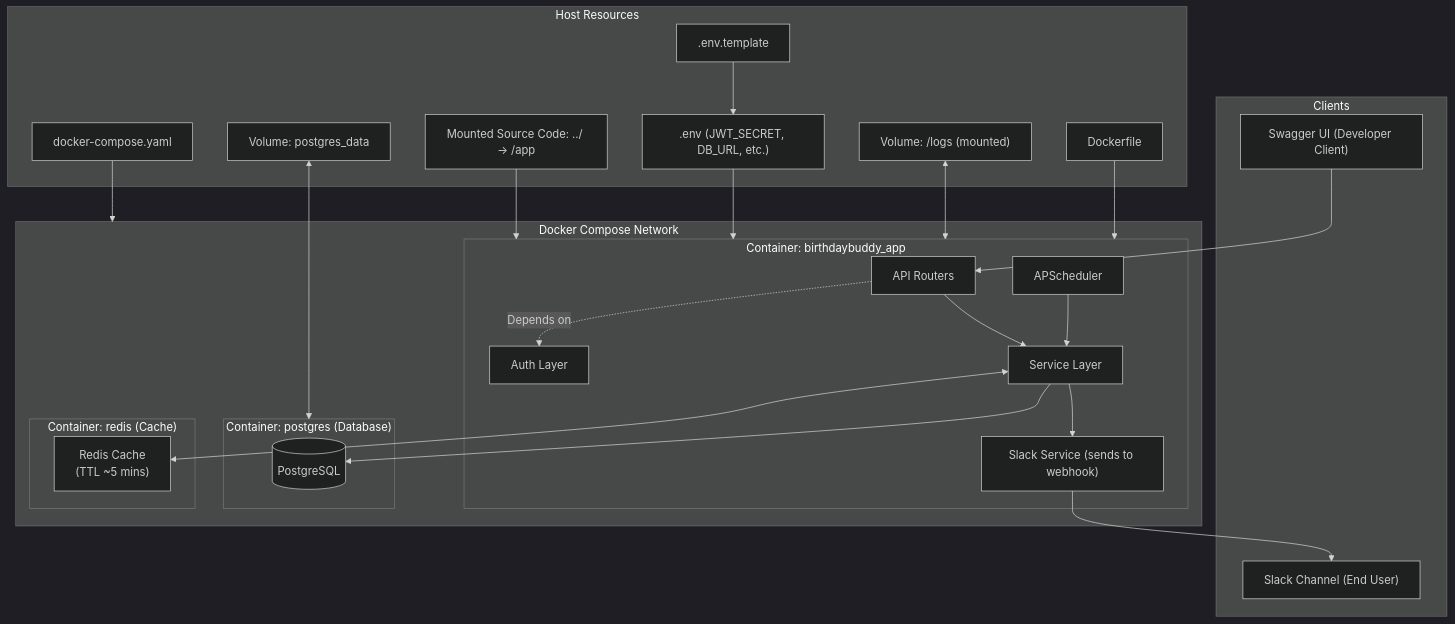
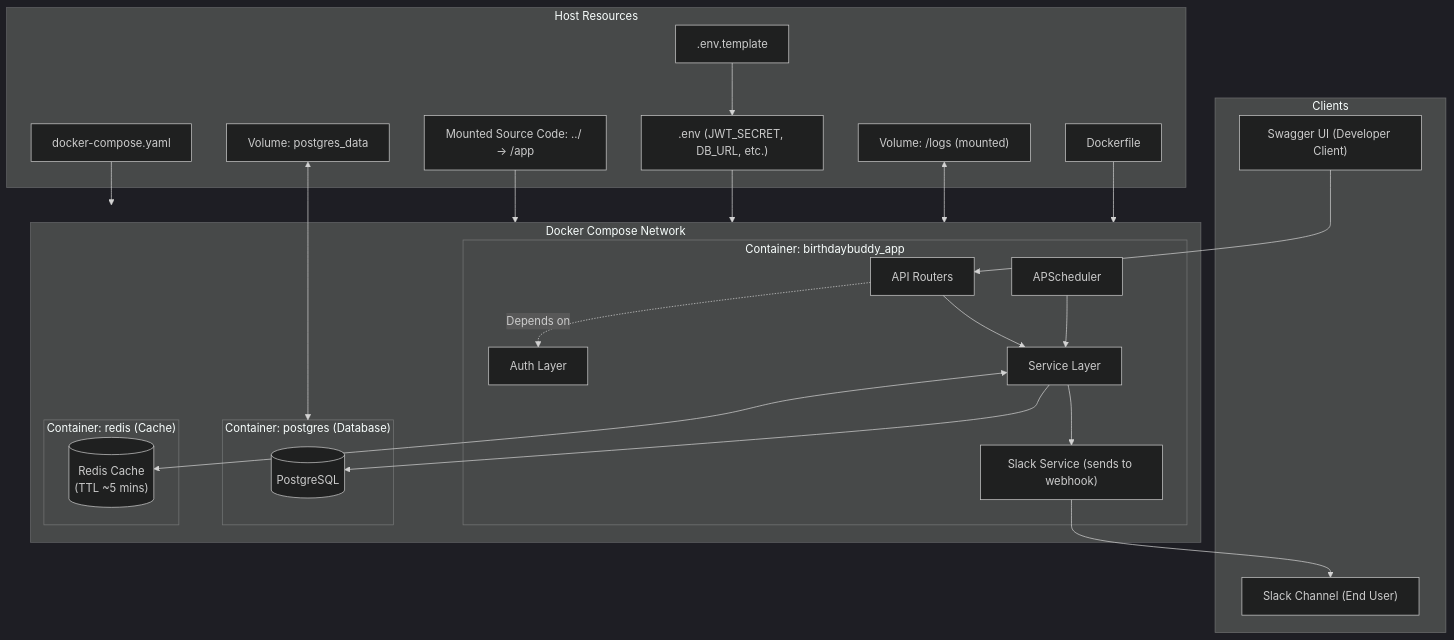
Before and after one commit to Cammm111/Birthday-Buddy: the diagram in diagrams/birthday_buddy_package_level.mmd, drawn with Mermaid (dark theme).

Commit message:
Also updated .mmd

```diff
--- a/diagrams/birthday_buddy_package_level.mmd
+++ b/diagrams/birthday_buddy_package_level.mmd
@@ -1,46 +1,46 @@
 flowchart TD
  subgraph Clients["Clients"]
         SwaggerUI["Swagger UI (Developer Client)"]
         Slack["Slack Channel (End User)"]
   end
  subgraph birthdaybuddy_app["Container: birthdaybuddy_app"]
         Router["API Routers"]
         Auth["Auth Layer"]
         Services["Service Layer"]
         Scheduler["APScheduler"]
         SlackService["Slack Service (sends to webhook)"]
   end
  subgraph postgres["Container: postgres (Database)"]
         Postgres[("PostgreSQL")]
   end
  subgraph redis["Container: redis (Cache)"]
-        Redis["Redis Cache<br>(TTL ~5 mins)"]
+        Redis[("Redis Cache<br>(TTL ~5 mins)")]
   end
  subgraph Docker_Network["Docker Compose Network"]
         birthdaybuddy_app
         postgres
         redis
   end
  subgraph Host_Resources["Host Resources"]
         EnvFile[".env (JWT_SECRET, DB_URL, etc.)"]
         CodeVolume["Mounted Source Code: ../ → /app"]
         LogVolume["Volume: /logs (mounted)"]
         PgVolume["Volume: postgres_data"]
         ComposeFile["docker-compose.yaml"]
         Dockerfile["Dockerfile"]
         EnvTemplate[".env.template"]
   end
     SwaggerUI --> Router
     Router -. Depends on .-> Auth
     Router --> Services
     Services <--> Redis
     Services --> Postgres & SlackService
     SlackService --> Slack
     Scheduler --> Services
     CodeVolume --> birthdaybuddy_app
     EnvFile --> birthdaybuddy_app
     LogVolume <--> birthdaybuddy_app
     PgVolume <--> postgres
     ComposeFile --> Docker_Network
     Dockerfile --> birthdaybuddy_app
     EnvTemplate --> EnvFile
```
